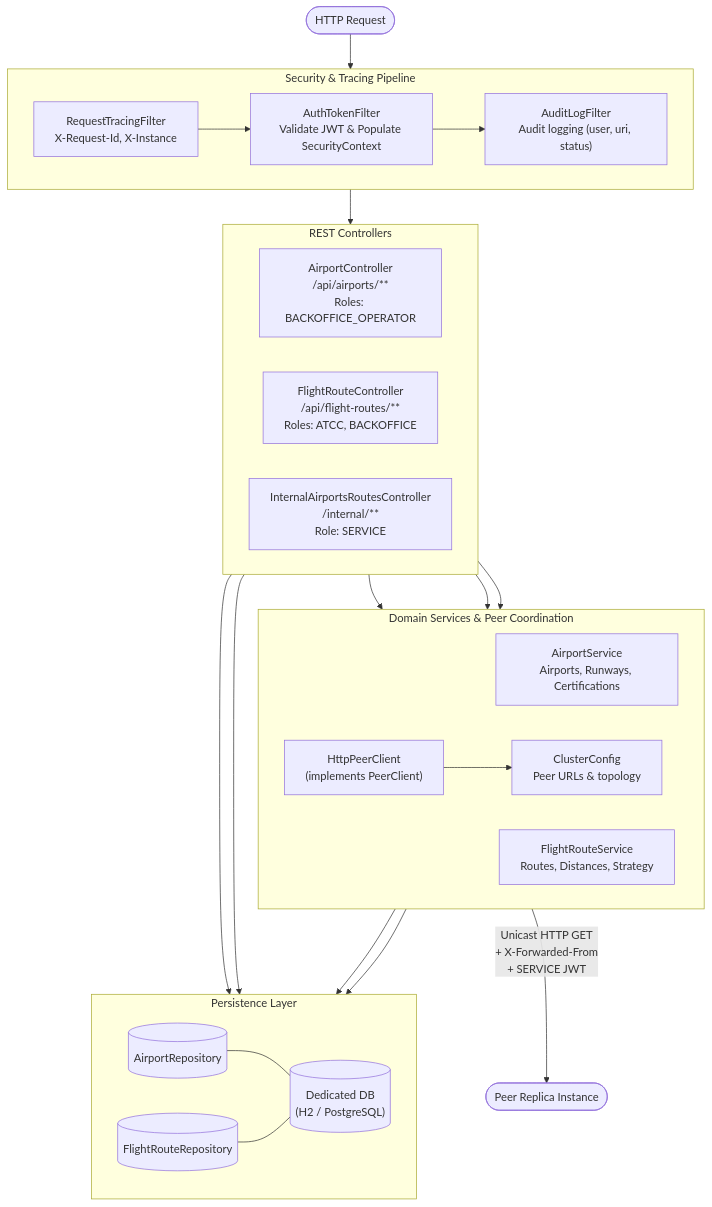
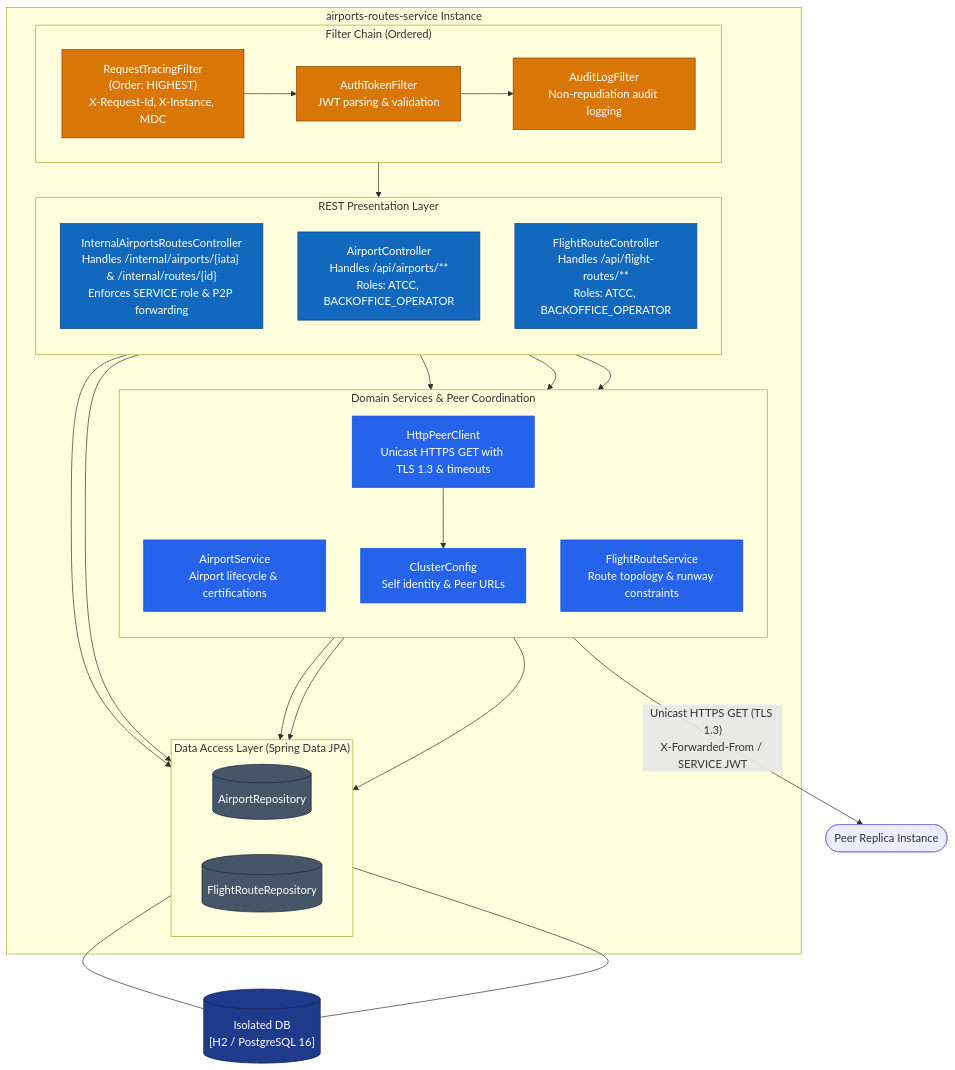
One commit to ImJay1527/airports-routes-service changed the second of 6 diagrams in docs/architecture.md. Above: the diagram before and after it, drawn with Mermaid. The commit also changed other lines of this file and 5 other files, not shown here.

Commit message:
docs: align architecture, C4+1 model, and service contracts with peer services

````diff
--- a/docs/architecture.md
+++ b/docs/architecture.md
@@ -130,45 +187,60 @@
 ```mermaid
-%% C4 Level 3 Component Diagram
+%% C4 Level 3 - Component Diagram
 flowchart TB
-    req(["HTTP Request"])
+    classDef filter fill:#d97706,stroke:#92400e,color:#fff;
+    classDef ctrl fill:#1168bd,stroke:#0b4884,color:#fff;
+    classDef svc fill:#2563eb,stroke:#1d4ed8,color:#fff;
+    classDef repo fill:#475569,stroke:#1e293b,color:#fff;
+    classDef db fill:#1e3a8a,stroke:#172554,color:#fff,shape:cylinder;
 
-    subgraph Filters["Security & Tracing Pipeline"]
-        direction LR
-        f1["RequestTracingFilter<br/>X-Request-Id, X-Instance"] --> f2["AuthTokenFilter<br/>Validate JWT & Populate SecurityContext"] --> f3["AuditLogFilter<br/>Audit logging (user, uri, status)"]
+    dbEngine[("Isolated DB<br/>[H2 / PostgreSQL 16]")]:::db
+
+    subgraph Instance["airports-routes-service Instance"]
+        subgraph Pipeline["Filter Chain (Ordered)"]
+            direction LR
+            fTrace["RequestTracingFilter<br/>(Order: HIGHEST)<br/>X-Request-Id, X-Instance, MDC"]:::filter
+            fAuth["AuthTokenFilter<br/>JWT parsing & validation"]:::filter
+            fAudit["AuditLogFilter<br/>Non-repudiation audit logging"]:::filter
+            fTrace --> fAuth --> fAudit
+        end
+
+        subgraph Controllers["REST Presentation Layer"]
+            direction TB
+            cInternal["InternalAirportsRoutesController<br/>Handles /internal/airports/{iata} & /internal/routes/{id}<br/>Enforces SERVICE role & P2P forwarding"]:::ctrl
+            cAirport["AirportController<br/>Handles /api/airports/**<br/>Roles: ATCC, BACKOFFICE_OPERATOR"]:::ctrl
+            cRoute["FlightRouteController<br/>Handles /api/flight-routes/**<br/>Roles: ATCC, BACKOFFICE_OPERATOR"]:::ctrl
+        end
+
+        subgraph Core["Domain Services & Peer Coordination"]
+            direction TB
+            sAirport["AirportService<br/>Airport lifecycle & certifications"]:::svc
+            sRoute["FlightRouteService<br/>Route topology & runway constraints"]:::svc
+            sPeer["HttpPeerClient<br/>Unicast HTTPS GET with TLS 1.3 & timeouts"]:::svc
+            cfgCluster["ClusterConfig<br/>Self identity & Peer URLs"]:::svc
+        end
+
+        subgraph Repos["Data Access Layer (Spring Data JPA)"]
+            direction LR
+            rAirport[("AirportRepository")]:::repo
+            rRoute[("FlightRouteRepository")]:::repo
+        end
     end
 
-    subgraph Controllers["REST Controllers"]
-        direction LR
-        c1["AirportController<br/>/api/airports/**<br/>Roles: BACKOFFICE_OPERATOR"]
-        c2["FlightRouteController<br/>/api/flight-routes/**<br/>Roles: ATCC, BACKOFFICE"]
-        c3["InternalAirportsRoutesController<br/>/internal/**<br/>Role: SERVICE"]
-    end
+    Pipeline --> Controllers
 
-    subgraph Services["Domain Services & Peer Coordination"]
-        direction LR
-        s1["AirportService<br/>Airports, Runways, Certifications"]
-        s2["FlightRouteService<br/>Routes, Distances, Strategy"]
-        p["HttpPeerClient<br/>(implements PeerClient)"]
-        cl["ClusterConfig<br/>Peer URLs & topology"]
-    end
+    cInternal --> rAirport
+    cInternal --> rRoute
+    cInternal --> sPeer
+    sPeer --> cfgCluster
+    sPeer -->|"Unicast HTTPS GET (TLS 1.3)<br/>X-Forwarded-From / SERVICE JWT"| extPeer(["Peer Replica Instance"])
 
-    subgraph Persistence["Persistence Layer"]
-        direction LR
-        repoA[("AirportRepository")]
-        repoR[("FlightRouteRepository")]
-        db[("Dedicated DB<br/>(H2 / PostgreSQL)")]
-        repoA --- db
-        repoR --- db
-    end
+    cAirport --> sAirport
+    cRoute --> sRoute
 
-    req --> Filters --> Controllers
-    c1 --> s1
-    c2 --> s2
-    c3 --> repoA
-    c3 --> repoR
-    c3 --> p
-    s1 --> repoA
-    s2 --> repoR
-    p --> cl
-    p -->|"Unicast HTTP GET<br/>+ X-Forwarded-From<br/>+ SERVICE JWT"| peerOut(["Peer Replica Instance"])
+    sAirport --> rAirport
+    sRoute --> rRoute
+    sRoute --> rAirport
+
+    rAirport --- dbEngine
+    rRoute --- dbEngine
 ```
````
